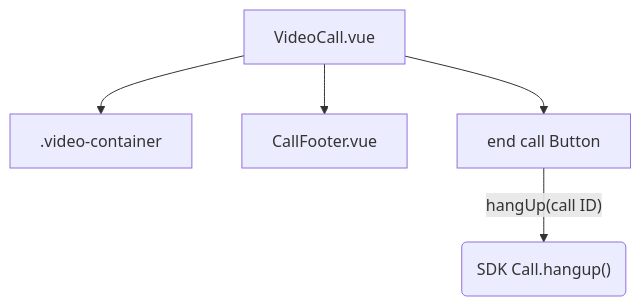
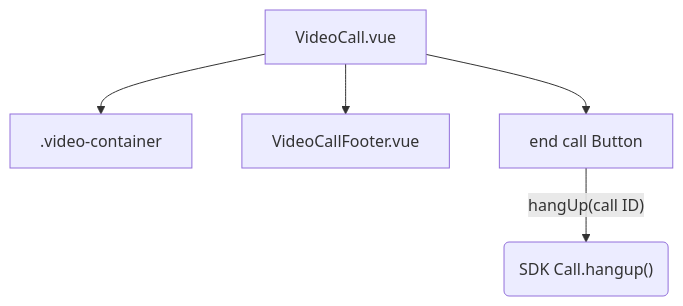
Before and after one commit to voximplant/ui-kit-for-vuejs: the seventh of 11 diagrams in README.md, drawn with Mermaid. The commit also changed other lines of this file and 65 other files, not shown here.

````diff
--- a/README.md
+++ b/README.md
@@ -339,7 +359,7 @@
 ```mermaid
 graph TD
     A[VideoCall.vue] --> B[.video-container]
-    A --> C[CallFooter.vue]
+    A --> C[VideoCallFooter.vue]
     A -->  E["end call Button"]
     E --> |"hangUp(call ID)"|Y("SDK Call.hangup()")
 ```
````
